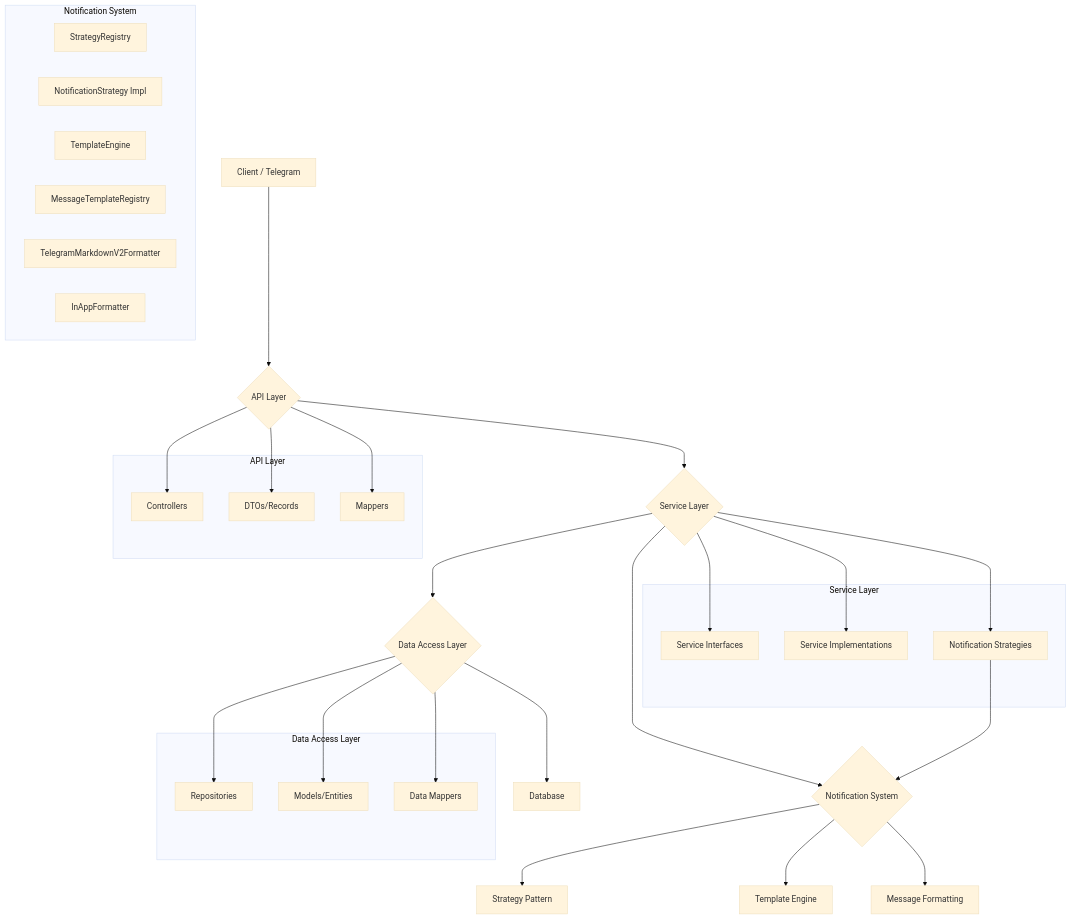
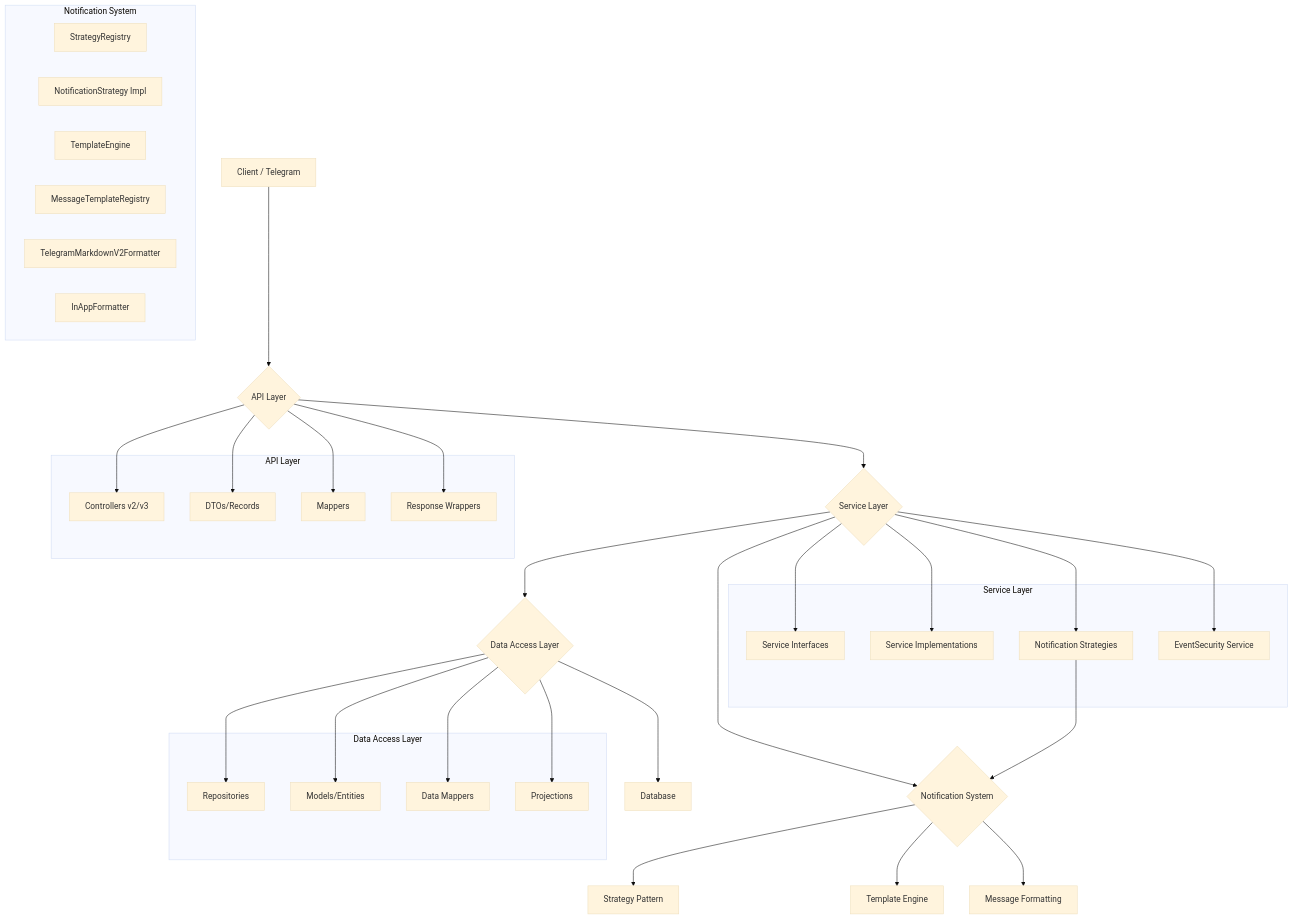
The diagram in memory-bank/systemPatterns.md (Krepchik11/geohod-backend), drawn with Mermaid (base theme) before and after one commit. The commit also changed other lines of this file and 7 other files, not shown here.

````diff
--- a/memory-bank/systemPatterns.md
+++ b/memory-bank/systemPatterns.md
@@ -7,44 +7,47 @@
 ```mermaid
 graph TD
     A[Client / Telegram] --> B{API Layer};
     B --> C{Service Layer};
     C --> D{Data Access Layer};
     D --> E[Database];
     
     C --> F{Notification System};
     F --> G[Strategy Pattern];
     F --> H[Template Engine];
     F --> I[Message Formatting];
 
     subgraph API Layer
-        B1[Controllers]
+        B1[Controllers v2/v3]
         B2[DTOs/Records]
         B3[Mappers]
+        B4[Response Wrappers]
     end
 
     subgraph Service Layer
         C1[Service Interfaces]
         C2[Service Implementations]
         C3[Notification Strategies]
+        C4[EventSecurity Service]
     end
 
     subgraph Notification System
         G1[StrategyRegistry]
         G2[NotificationStrategy Impl]
         H1[TemplateEngine]
         H2[MessageTemplateRegistry]
         I1[TelegramMarkdownV2Formatter]
         I2[InAppFormatter]
     end
 
     subgraph Data Access Layer
         D1[Repositories]
         D2[Models/Entities]
         D3[Data Mappers]
+        D4[Projections]
     end
 
-    B --> B1 & B2 & B3;
-    C --> C1 & C2 & C3;
+    B --> B1 & B2 & B3 & B4;
+    C --> C1 & C2 & C3 & C4;
     C3 --> F;
-    D --> D1 & D2 & D3;
+    D --> D1 & D2 & D3 & D4;
 ```
````
